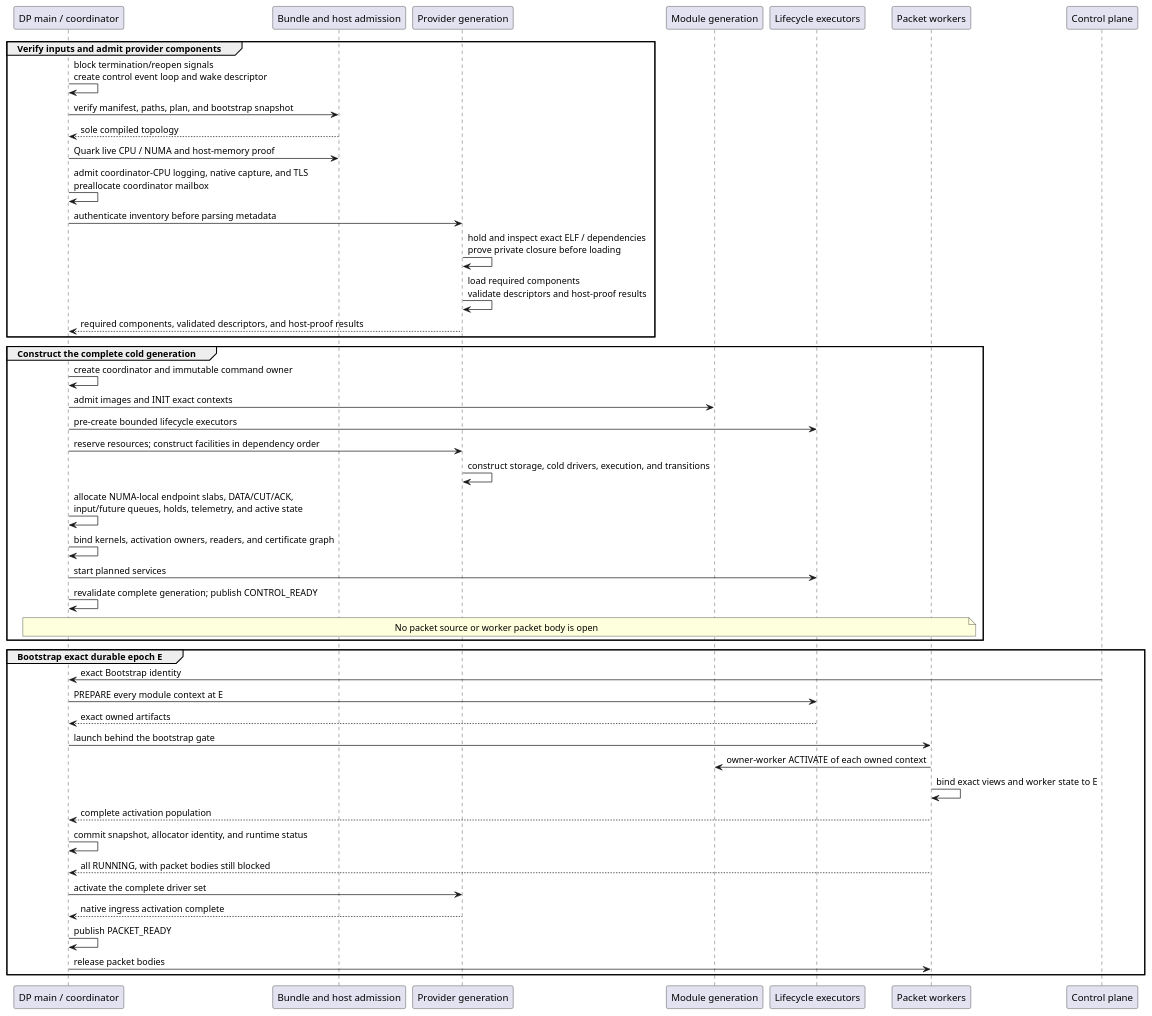
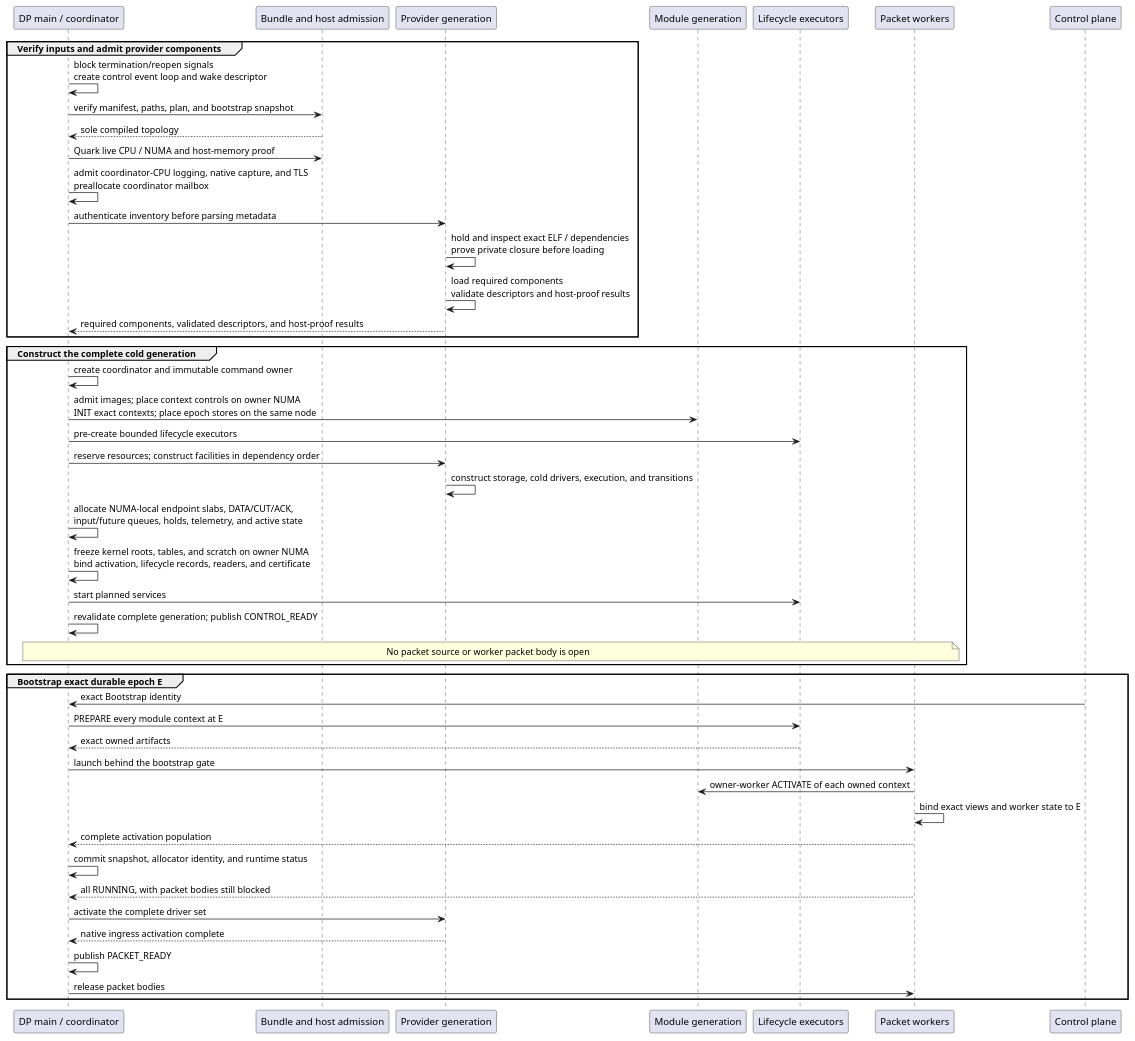
One commit to flemingpatel/kinetum changed diagram 21 of 30 in docs/diagrams/platform_architecture.md. Above: the diagram before and after it, drawn with PlantUML. The commit also changed other lines of this file and 17 other files, not shown here.

````diff
--- a/docs/diagrams/platform_architecture.md
+++ b/docs/diagrams/platform_architecture.md
@@ -1756,50 +1756,50 @@
 ```{uml}
 @startuml
 participant "DP main / coordinator" as D
 participant "Bundle and host admission" as V
 participant "Provider generation" as P
 participant "Module generation" as M
 participant "Lifecycle executors" as L
 participant "Packet workers" as W
 participant "Control plane" as CP
 
 group Verify inputs and admit provider components
     D->D: block termination/reopen signals\ncreate control event loop and wake descriptor
     D->V: verify manifest, paths, plan, and bootstrap snapshot
     V-->D: sole compiled topology
     D->V: Quark live CPU / NUMA and host-memory proof
     D->D: admit coordinator-CPU logging, native capture, and TLS\npreallocate coordinator mailbox
     D->P: authenticate inventory before parsing metadata
     P->P: hold and inspect exact ELF / dependencies\nprove private closure before loading
     P->P: load required components\nvalidate descriptors and host-proof results
     P-->D: required components, validated descriptors, and host-proof results
 end
 group Construct the complete cold generation
     D->D: create coordinator and immutable command owner
-    D->M: admit images and INIT exact contexts
+    D->M: admit images; place context controls on owner NUMA\nINIT exact contexts; place epoch stores on the same node
     D->L: pre-create bounded lifecycle executors
     D->P: reserve resources; construct facilities in dependency order
     P->P: construct storage, cold drivers, execution, and transitions
     D->D: allocate NUMA-local endpoint slabs, DATA/CUT/ACK,\ninput/future queues, holds, telemetry, and active state
-    D->D: bind kernels, activation owners, readers, and certificate graph
+    D->D: freeze kernel roots, tables, and scratch on owner NUMA\nbind activation, lifecycle records, readers, and certificate
     D->L: start planned services
     D->D: revalidate complete generation; publish CONTROL_READY
     note over D,W: No packet source or worker packet body is open
 end
 group Bootstrap exact durable epoch E
     CP->D: exact Bootstrap identity
     D->L: PREPARE every module context at E
     L-->D: exact owned artifacts
     D->W: launch behind the bootstrap gate
     W->M: owner-worker ACTIVATE of each owned context
     W->W: bind exact views and worker state to E
     W-->D: complete activation population
     D->D: commit snapshot, allocator identity, and runtime status
     W-->D: all RUNNING, with packet bodies still blocked
     D->P: activate the complete driver set
     P-->D: native ingress activation complete
     D->D: publish PACKET_READY
     D->W: release packet bodies
 end
 @enduml
 ```
````
